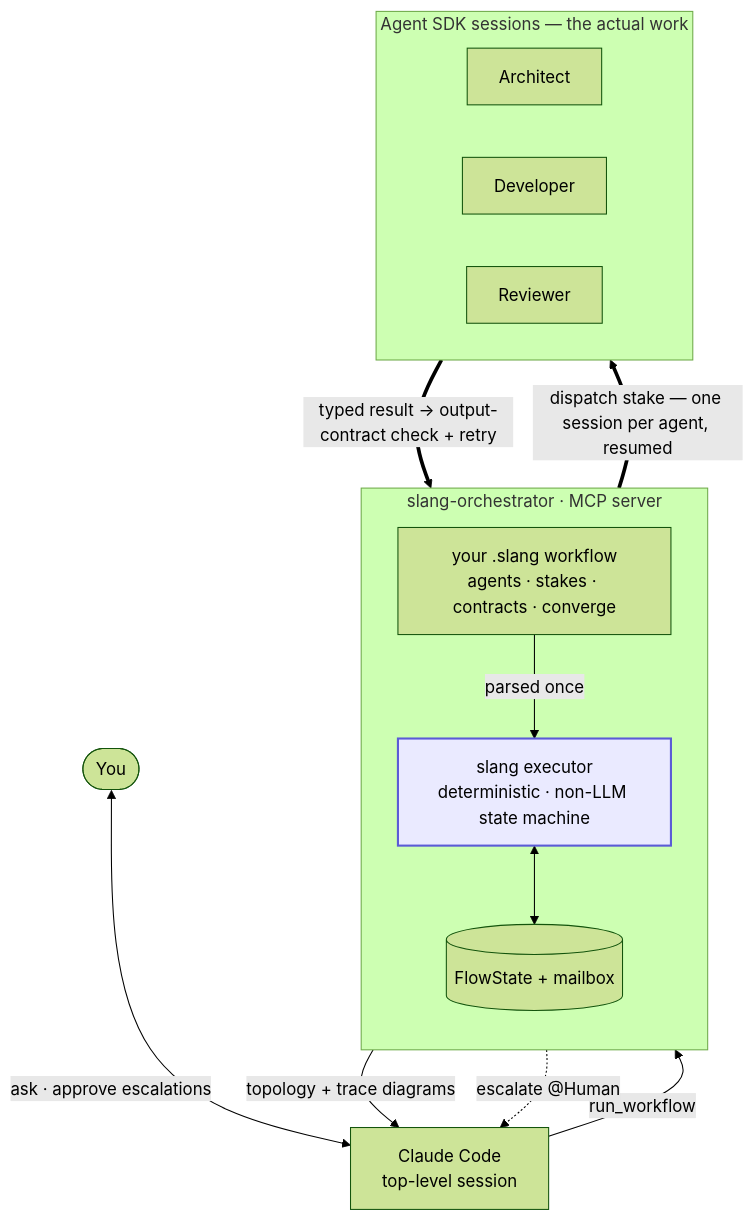
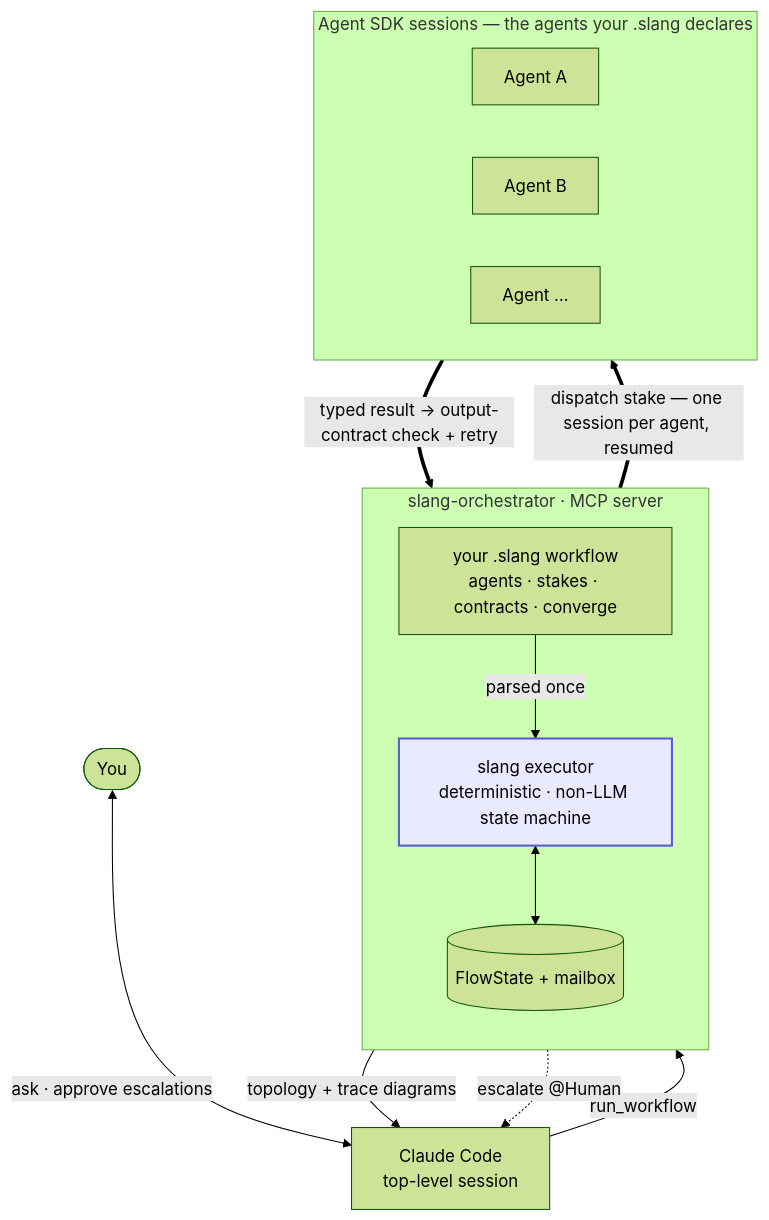
The diagram in README.md (shofer-dev/claude-code-slang-orchestrator), drawn with Mermaid (forest theme) before and after one commit.

Commit message:
docs(README): genericize diagram agents to Agent A/B/… (roles are user-defined)
The Architect/Developer/Reviewer labels read as a fixed built-in set; agents are
whatever your .slang file declares. Show 'Agent A / B / …' + label the subgraph
accordingly.

````diff
--- a/README.md
+++ b/README.md
@@ -23,31 +23,31 @@
 ```mermaid
 flowchart TB
     You(["You"])
     CC["Claude Code<br/>top-level session"]
 
     subgraph server["slang-orchestrator · MCP server"]
         direction TB
         SL["your .slang workflow<br/>agents · stakes · contracts · converge"]
         EX["slang executor<br/>deterministic · non-LLM state machine"]
         MB[("FlowState + mailbox")]
         SL -->|"parsed once"| EX
         EX <--> MB
     end
 
-    subgraph Agents["Agent SDK sessions — the actual work"]
+    subgraph Agents["Agent SDK sessions — the agents your .slang declares"]
         direction LR
-        Arch["Architect"]
-        Dev["Developer"]
-        Rev["Reviewer"]
+        A1["Agent A"]
+        A2["Agent B"]
+        A3["Agent …"]
     end
 
     You <-->|"ask · approve escalations"| CC
     CC -->|"run_workflow"| EX
     EX -->|"topology + trace diagrams"| CC
     EX ==>|"dispatch stake — one session per agent, resumed"| Agents
     Agents ==>|"typed result → output-contract check + retry"| EX
     EX -.->|"escalate @Human"| CC
 
     classDef brain fill:#eaeaff,stroke:#5b5bd6,stroke-width:2px;
     class EX brain;
 ```
````
